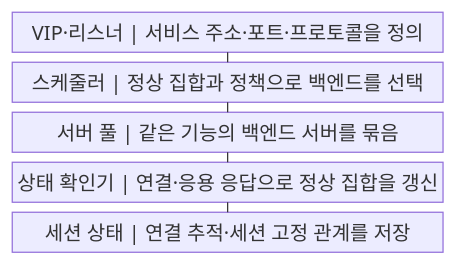
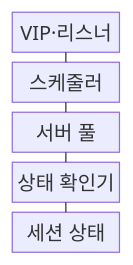
One commit to agnusdei1207/knowledge-base changed the first of 2 diagrams in src/content/docs/notes/04-network/019_load_balancer_l4_l7.md. Above: the diagram before and after it, drawn with Mermaid. The commit also changed other lines of this file and 122 other files, not shown here.

````diff
--- a/src/content/docs/notes/04-network/019_load_balancer_l4_l7.md
+++ b/src/content/docs/notes/04-network/019_load_balancer_l4_l7.md
@@ -62,13 +62,13 @@
 ```mermaid
-block
+block-beta
     columns 1
-    A["VIP·리스너 | 서비스 주소·포트·프로토콜을 정의"]
-    B["스케줄러 | 정상 집합과 정책으로 백엔드를 선택"]
-    C["서버 풀 | 같은 기능의 백엔드 서버를 묶음"]
-    D["상태 확인기 | 연결·응용 응답으로 정상 집합을 갱신"]
-    E["세션 상태 | 연결 추적·세션 고정 관계를 저장"]
+    A["VIP·리스너"]
+    B["스케줄러"]
+    C["서버 풀"]
+    D["상태 확인기"]
+    E["세션 상태"]
     A --- B
     B --- C
     C --- D
     D --- E
 ```
````
